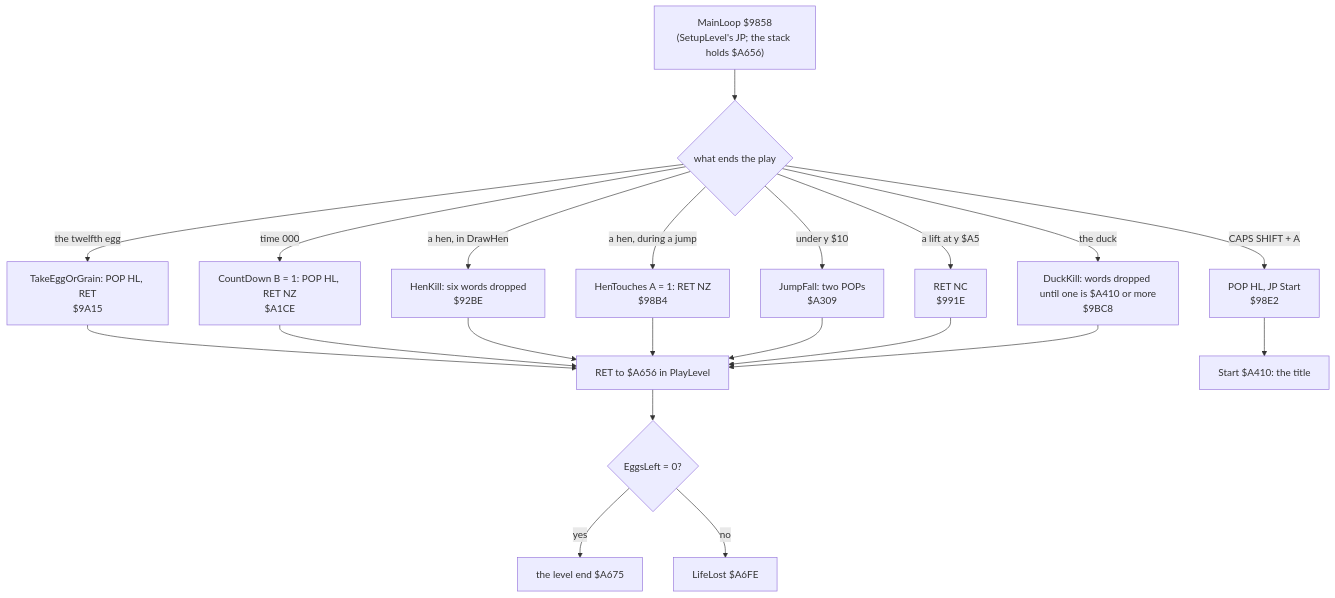
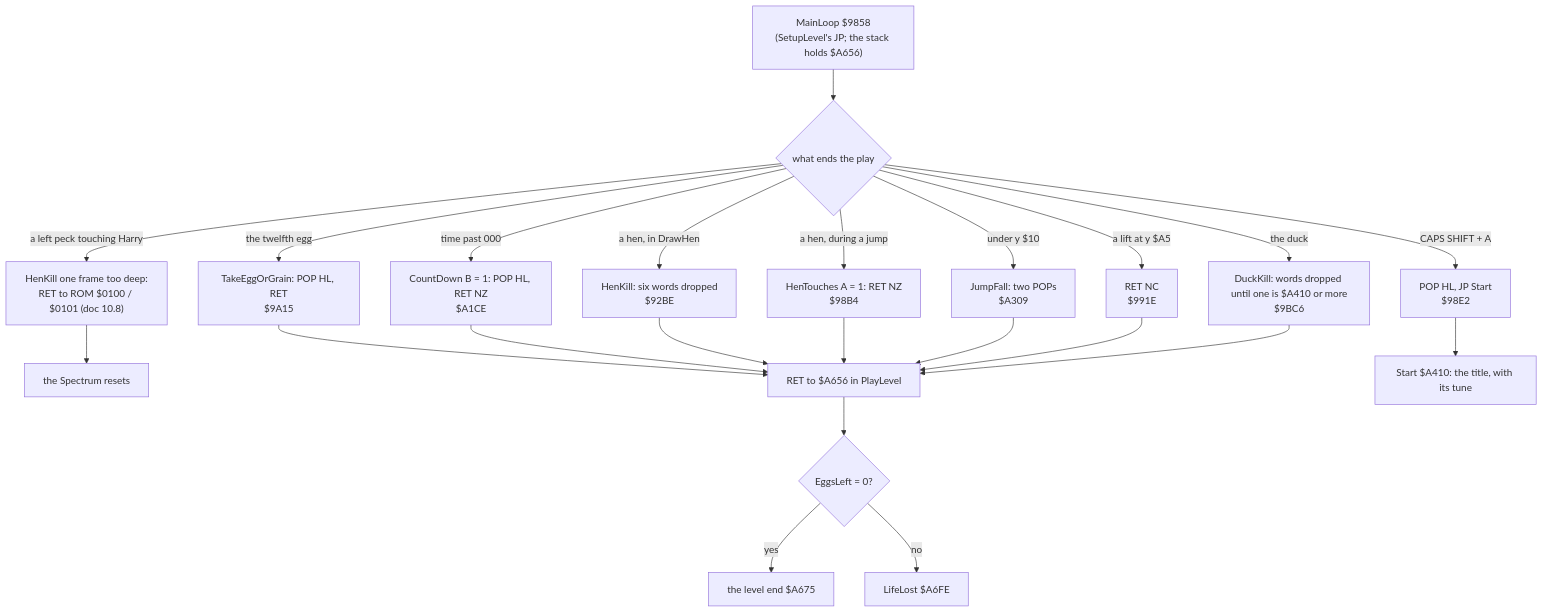
Before and after one commit to alfishe/unrealng-reverse-cases: the second of 5 diagrams in games/chuckie-egg/docs/04-game-loop.md, drawn with Mermaid. The commit also changed other lines of this file and 49 other files, not shown here.

Commit message:
Chuckie Egg: review rounds 1 and 2 (rvA/B/C 32+27+18 and rv2A/B/C findings fixed in docs and sources; duck-kill threshold, drift landing, Harry redraw, heatmap and sprite sheet redrawn)

````diff
--- a/games/chuckie-egg/docs/04-game-loop.md
+++ b/games/chuckie-egg/docs/04-game-loop.md
@@ -82,23 +85,25 @@
 ```mermaid
 flowchart TD
     M["MainLoop $9858<br/>(SetupLevel's JP; the stack holds $A656)"] --> E{"what ends the play"}
     E -->|"the twelfth egg"| A["TakeEggOrGrain: POP HL, RET<br/>$9A15"]
-    E -->|"time 000"| B["CountDown B = 1: POP HL, RET NZ<br/>$A1CE"]
+    E -->|"time past 000"| B["CountDown B = 1: POP HL, RET NZ<br/>$A1CE"]
     E -->|"a hen, in DrawHen"| C["HenKill: six words dropped<br/>$92BE"]
     E -->|"a hen, during a jump"| C2["HenTouches A = 1: RET NZ<br/>$98B4"]
     E -->|"under y $10"| D["JumpFall: two POPs<br/>$A309"]
     E -->|"a lift at y $A5"| F["RET NC<br/>$991E"]
-    E -->|"the duck"| G["DuckKill: words dropped until one is $A410 or more<br/>$9BC8"]
+    E -->|"the duck"| G["DuckKill: words dropped until one is $A410 or more<br/>$9BC6"]
     E -->|"CAPS SHIFT + A"| H["POP HL, JP Start<br/>$98E2"]
+    E -->|"a left peck touching Harry"| X["HenKill one frame too deep:<br/>RET to ROM $0100 / $0101 (doc 10.8)"]
+    X --> Z["the Spectrum resets"]
     A --> R["RET to $A656 in PlayLevel"]
     B --> R
     C --> R
     C2 --> R
     D --> R
     F --> R
     G --> R
     R --> Q{"EggsLeft = 0?"}
     Q -->|yes| LE["the level end $A675"]
     Q -->|no| LL["LifeLost $A6FE"]
-    H --> S["Start $A410: the title"]
+    H --> S["Start $A410: the title, with its tune"]
 ```
````
